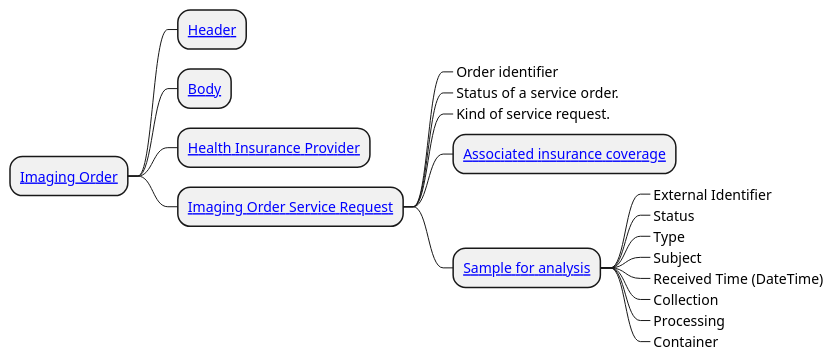
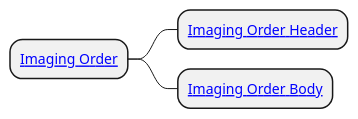
The diagram in input/images-source/imgOrder_CIM.plantuml (pvrana/img-order), drawn with PlantUML before and after one commit. The commit also changed 3 other files, not shown here.

```diff
--- a/input/images-source/imgOrder_CIM.plantuml
+++ b/input/images-source/imgOrder_CIM.plantuml
@@ -1,22 +1,24 @@
 @startmindmap
 skinparam topurl StructureDefinition-
 
 * [[ImagingOrderCz.html Imaging Order]]
-** [[HeaderImagingOrder.html Header]]
-** [[BodyImageOrderCz.html Body]]
+** [[HeaderImagingOrder.html Imaging Order Header]]
+** [[BodyImageOrderCz.html Imaging Order Body]]
+/'
 ** [[health-insurance-cz.html Health Insurance Provider]]
 ** [[serviceRequestCz.html Imaging Order Service Request]]
 ***_ Order identifier
 ***_ Status of a service order.
 ***_ Kind of service request.
 *** [[CoverageCz.html Associated insurance coverage]]
 *** [[specimenCz.html Sample for analysis]]
 ****_ External Identifier
 ****_ Status
 ****_ Type
 ****_ Subject
 ****_ Received Time (DateTime)
 ****_ Collection
 ****_ Processing
 ****_ Container
+'/
 @endmindmap
```
